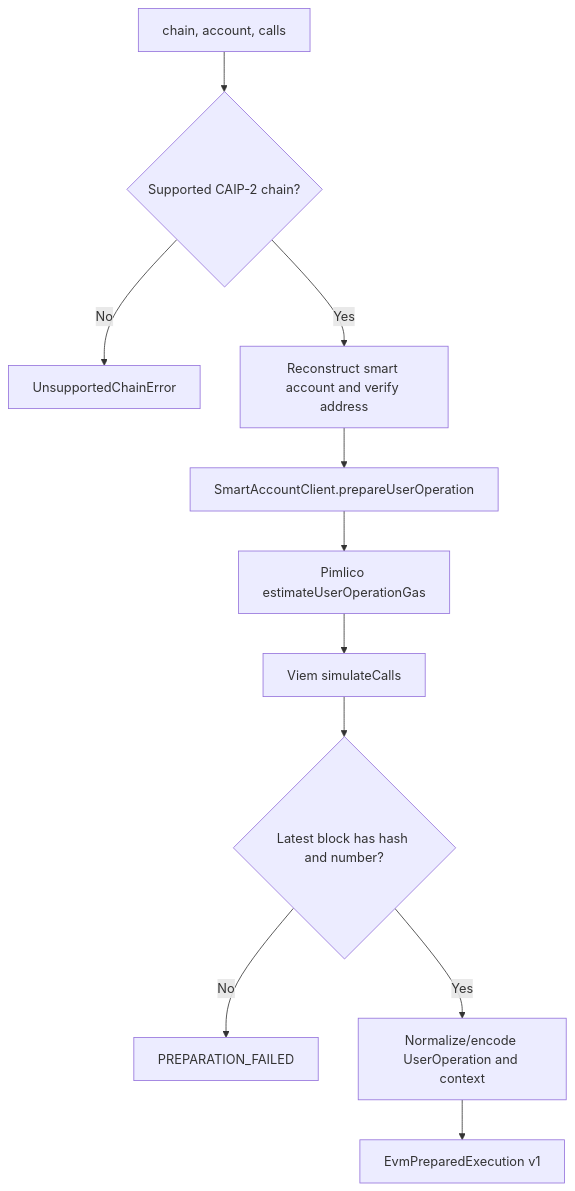
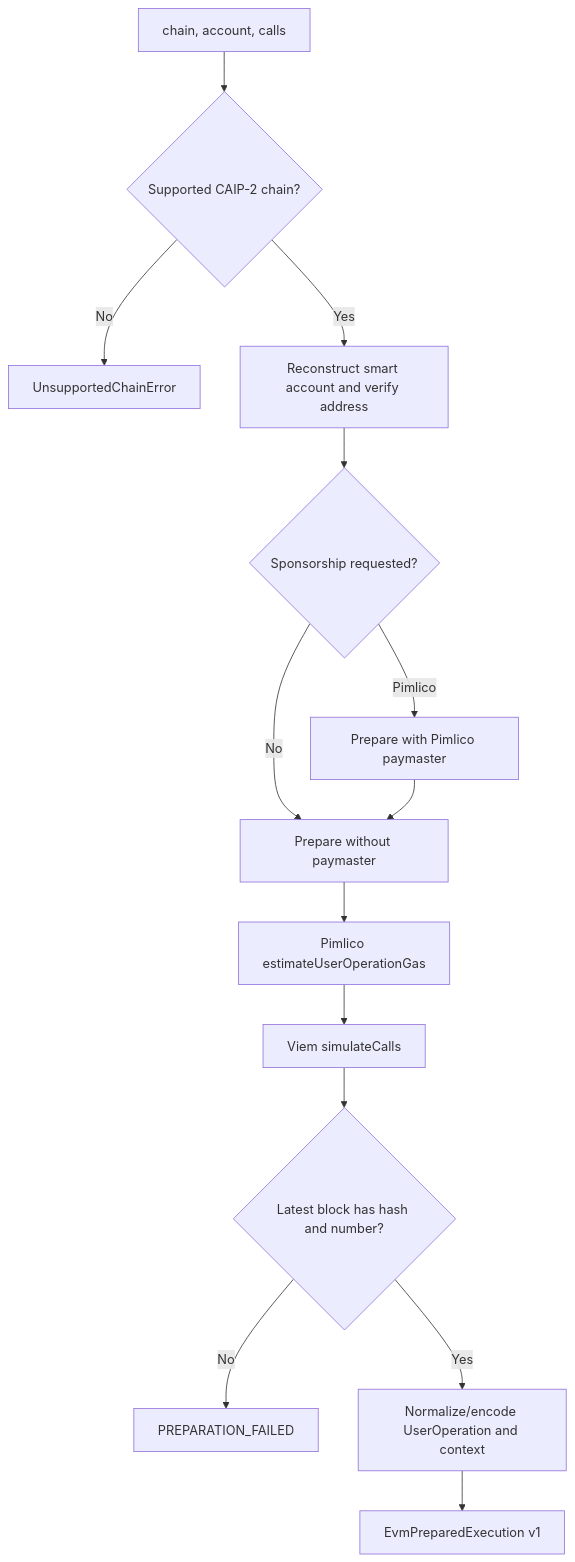
Before and after one commit to thenamespace/namera: the diagram in architecture/evm/execution/prepare.md, drawn with Mermaid. The commit also changed other lines of this file and 63 other files, not shown here.

````diff
--- a/architecture/evm/execution/prepare.md
+++ b/architecture/evm/execution/prepare.md
@@ -13,13 +14,16 @@
 ```mermaid
 flowchart TD
   Input[chain, account, calls] --> Chain{Supported CAIP-2 chain?}
   Chain -->|No| Unsupported[UnsupportedChainError]
   Chain -->|Yes| Reconstruct[Reconstruct smart account and verify address]
-  Reconstruct --> Prepare[SmartAccountClient.prepareUserOperation]
+  Reconstruct --> Sponsor{Sponsorship requested?}
+  Sponsor -->|No| Prepare[Prepare without paymaster]
+  Sponsor -->|Pimlico| PrepareSponsored[Prepare with Pimlico paymaster]
+  PrepareSponsored --> Prepare
   Prepare --> Estimate[Pimlico estimateUserOperationGas]
   Estimate --> Calls[Viem simulateCalls]
   Calls --> Block{Latest block has hash and number?}
   Block -->|No| Failure[PREPARATION_FAILED]
   Block -->|Yes| Normalize[Normalize/encode UserOperation and context]
   Normalize --> Prepared[EvmPreparedExecution v1]
 ```
````
